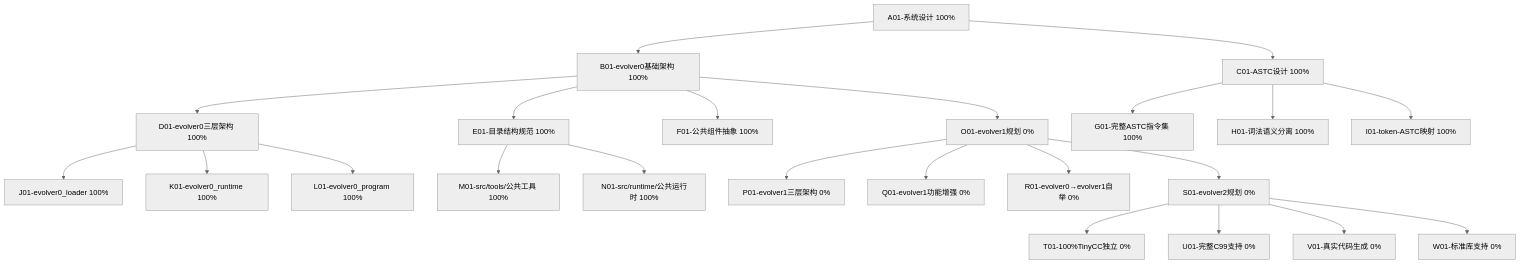
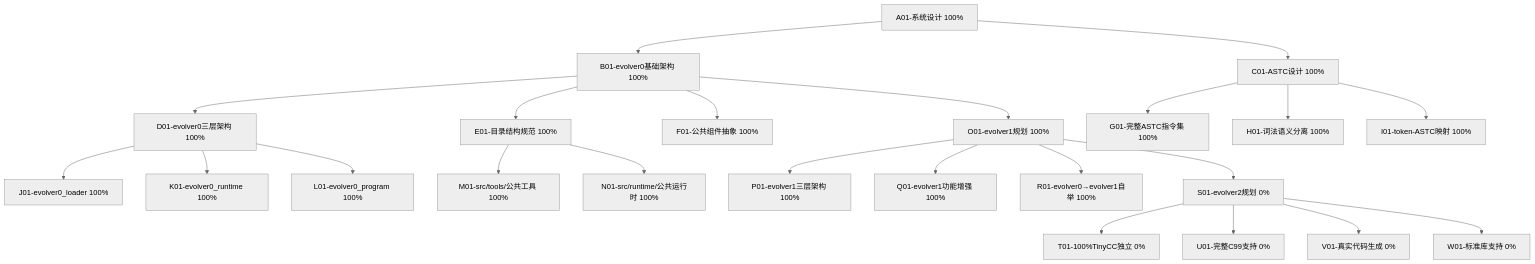
One commit to wanjochan/self-evolve-ai changed the diagram in docs/plan.md. Above: the diagram before and after it, drawn with Mermaid (neutral theme). The commit also changed other lines of this file and 9 other files, not shown here.

````diff
--- a/docs/plan.md
+++ b/docs/plan.md
@@ -15,31 +15,31 @@
 ```mermaid
 graph TD
     A[A01-系统设计 100%] --> B[B01-evolver0基础架构 100%]
     A --> C[C01-ASTC设计 100%]
 
     B --> D[D01-evolver0三层架构 100%]
     B --> E[E01-目录结构规范 100%]
     B --> F[F01-公共组件抽象 100%]
 
     C --> G[G01-完整ASTC指令集 100%]
     C --> H[H01-词法语义分离 100%]
     C --> I[I01-token-ASTC映射 100%]
 
     D --> J[J01-evolver0_loader 100%]
     D --> K[K01-evolver0_runtime 100%]
     D --> L[L01-evolver0_program 100%]
 
     E --> M[M01-src/tools/公共工具 100%]
     E --> N[N01-src/runtime/公共运行时 100%]
 
-    B --> O[O01-evolver1规划 0%]
-    O --> P[P01-evolver1三层架构 0%]
-    O --> Q[Q01-evolver1功能增强 0%]
-    O --> R[R01-evolver0→evolver1自举 0%]
+    B --> O[O01-evolver1规划 100%]
+    O --> P[P01-evolver1三层架构 100%]
+    O --> Q[Q01-evolver1功能增强 100%]
+    O --> R[R01-evolver0→evolver1自举 100%]
 
     O --> S[S01-evolver2规划 0%]
     S --> T[T01-100%TinyCC独立 0%]
     S --> U[U01-完整C99支持 0%]
     S --> V[V01-真实代码生成 0%]
     S --> W[W01-标准库支持 0%]
 ```
````
